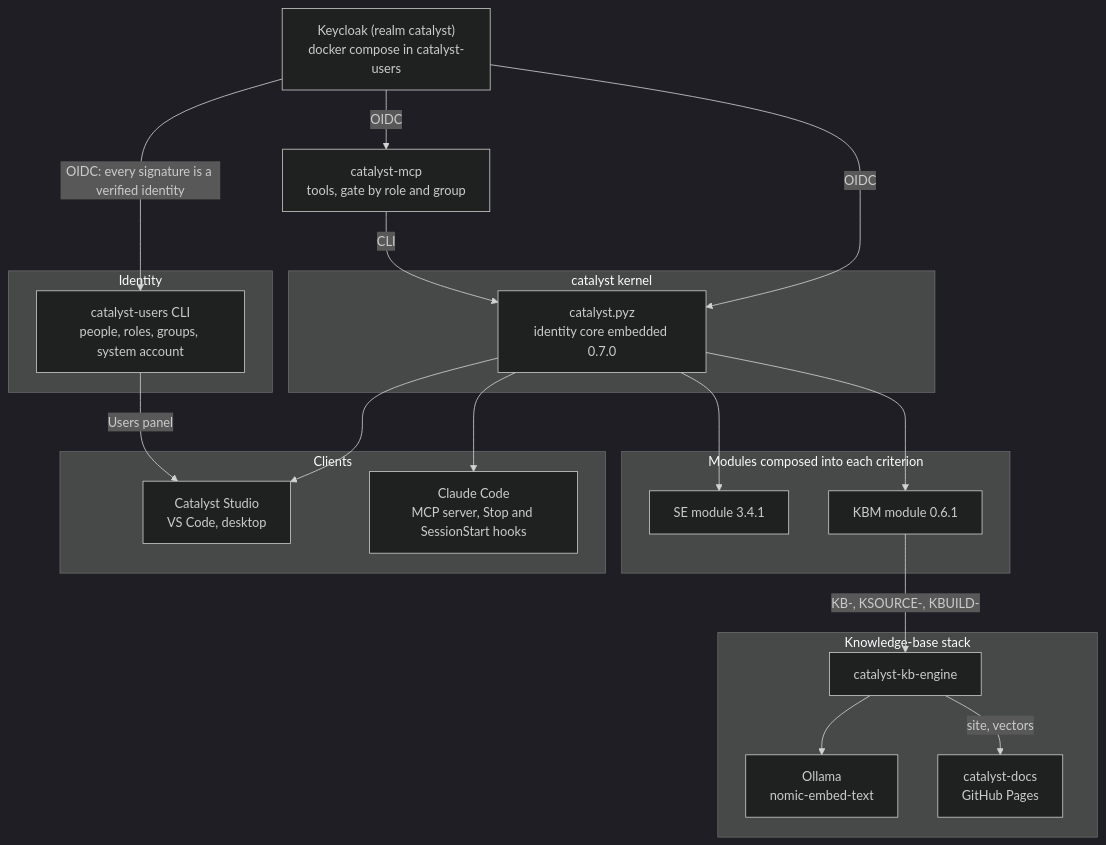
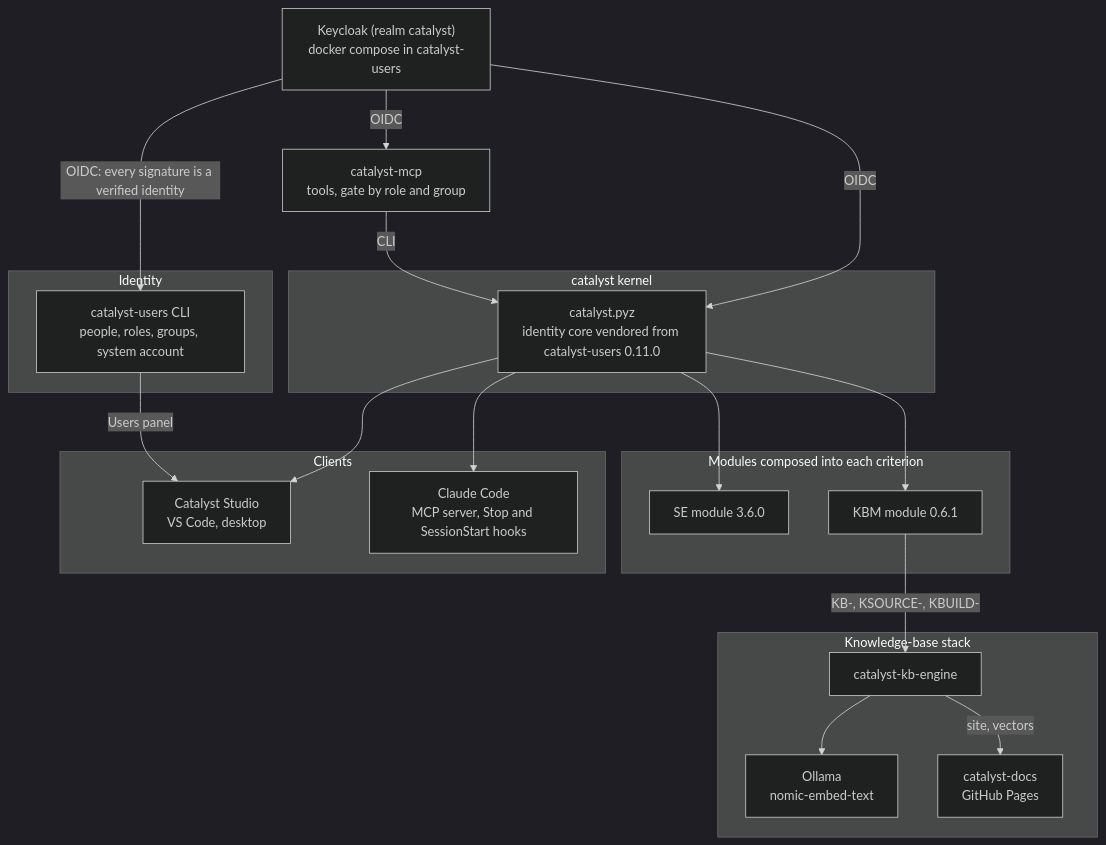
One commit to cantica-tech/catalyst-docs changed the second of 16 diagrams in docs/guide/manual/00-overview-and-runbook.md. Above: the diagram before and after it, drawn with Mermaid (dark theme). The commit also changed other lines of this file and 9 other files, not shown here.

````diff
--- a/docs/guide/manual/00-overview-and-runbook.md
+++ b/docs/guide/manual/00-overview-and-runbook.md
@@ -63,43 +71,43 @@
 ```mermaid
 flowchart TB
   KC["Keycloak (realm catalyst)<br/>docker compose in catalyst-users"]
 
   subgraph Identity["Identity"]
     Users["catalyst-users CLI<br/>people, roles, groups, system account"]
   end
 
   subgraph Kernel["catalyst kernel"]
-    CLI["catalyst.pyz<br/>identity core embedded 0.7.0"]
+    CLI["catalyst.pyz<br/>identity core vendored from catalyst-users 0.11.0"]
   end
 
   MCPS["catalyst-mcp<br/>tools, gate by role and group"]
 
   subgraph Modules["Modules composed into each criterion"]
-    SE["SE module 3.4.1"]
+    SE["SE module 3.6.0"]
     KBM["KBM module 0.6.1"]
   end
 
   subgraph KBStack["Knowledge-base stack"]
     Engine["catalyst-kb-engine"]
     Ollama["Ollama<br/>nomic-embed-text"]
     Docs["catalyst-docs<br/>GitHub Pages"]
   end
 
   subgraph Clients["Clients"]
     Studio["Catalyst Studio<br/>VS Code, desktop"]
     Claude["Claude Code<br/>MCP server, Stop and SessionStart hooks"]
   end
 
   KC -- "OIDC: every signature is a verified identity" --> Users
   KC -- "OIDC" --> CLI
   KC -- "OIDC" --> MCPS
   MCPS -- "CLI" --> CLI
   CLI --> SE
   CLI --> KBM
   KBM -- "KB-, KSOURCE-, KBUILD-" --> Engine
   Engine --> Ollama
   Engine -- "site, vectors" --> Docs
   CLI --> Studio
   CLI --> Claude
   Users -- "Users panel" --> Studio
 ```
````
